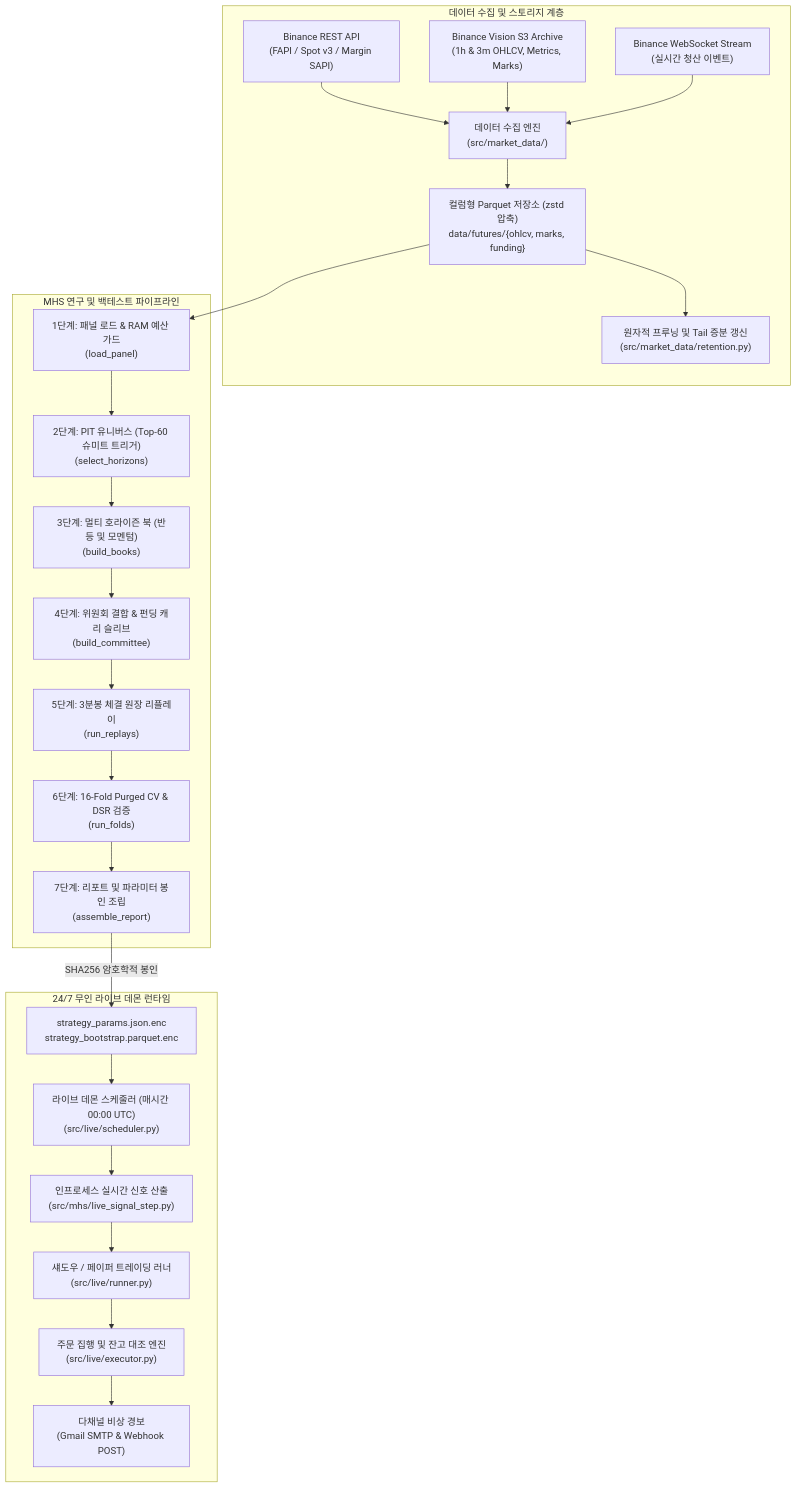
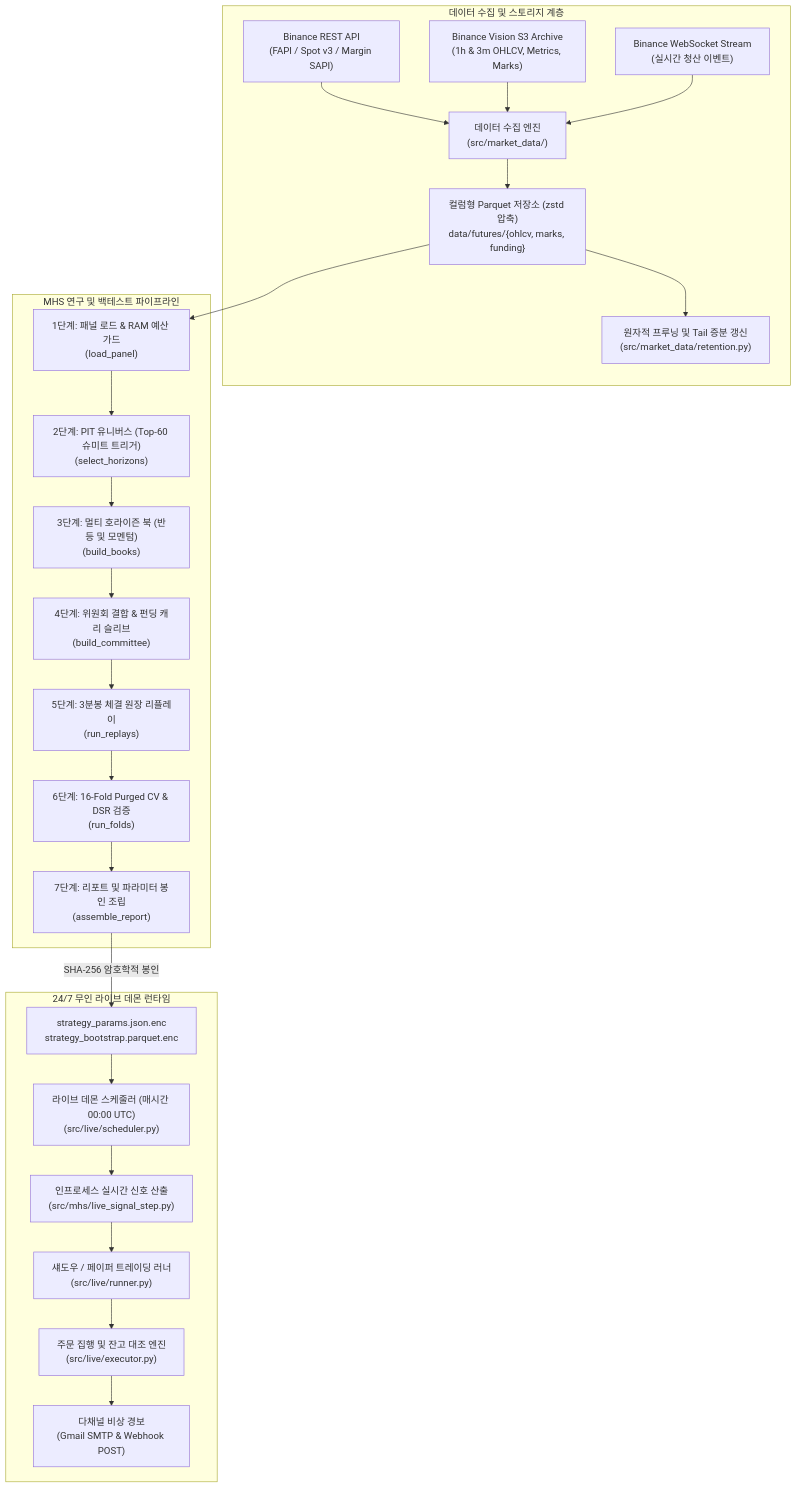
The diagram in docs/architecture/overview.md (KTHYEONG/crypto-pilot), drawn with Mermaid before and after one commit. The commit also changed other lines of this file and 5 other files, not shown here.

````diff
--- a/docs/architecture/overview.md
+++ b/docs/architecture/overview.md
@@ -41,29 +41,29 @@
 ```mermaid
 flowchart TD
     subgraph DataTier ["데이터 수집 및 스토리지 계층"]
         DS1["Binance REST API<br/>(FAPI / Spot v3 / Margin SAPI)"] --> DI["데이터 수집 엔진<br/>(src/market_data/)"]
         DS2["Binance Vision S3 Archive<br/>(1h & 3m OHLCV, Metrics, Marks)"] --> DI
         DS3["Binance WebSocket Stream<br/>(실시간 청산 이벤트)"] --> DI
         DI --> FS["컬럼형 Parquet 저장소 (zstd 압축)<br/>data/futures/{ohlcv, marks, funding}"]
         FS --> PR["원자적 프루닝 및 Tail 증분 갱신<br/>(src/market_data/retention.py)"]
     end
 
     subgraph ResearchTier ["MHS 연구 및 백테스트 파이프라인"]
         FS --> S1["1단계: 패널 로드 & RAM 예산 가드<br/>(load_panel)"]
         S1 --> S2["2단계: PIT 유니버스 (Top-60 슈미트 트리거)<br/>(select_horizons)"]
         S2 --> S3["3단계: 멀티 호라이즌 북 (반등 및 모멘텀)<br/>(build_books)"]
         S3 --> S4["4단계: 위원회 결합 & 펀딩 캐리 슬리브<br/>(build_committee)"]
         S4 --> S5["5단계: 3분봉 체결 원장 리플레이<br/>(run_replays)"]
         S5 --> S6["6단계: 16-Fold Purged CV & DSR 검증<br/>(run_folds)"]
         S6 --> S7["7단계: 리포트 및 파라미터 봉인 조립<br/>(assemble_report)"]
     end
 
     subgraph LiveTier ["24/7 무인 라이브 데몬 런타임"]
-        S7 -->|"SHA256 암호학적 봉인"| ST["strategy_params.json.enc<br/>strategy_bootstrap.parquet.enc"]
+        S7 -->|"SHA-256 암호학적 봉인"| ST["strategy_params.json.enc<br/>strategy_bootstrap.parquet.enc"]
         ST --> LD["라이브 데몬 스케줄러 (매시간 00:00 UTC)<br/>(src/live/scheduler.py)"]
         LD --> SS["인프로세스 실시간 신호 산출<br/>(src/mhs/live_signal_step.py)"]
         SS --> SC["섀도우 / 페이퍼 트레이딩 러너<br/>(src/live/runner.py)"]
         SC --> EX["주문 집행 및 잔고 대조 엔진<br/>(src/live/executor.py)"]
         EX --> AL["다채널 비상 경보<br/>(Gmail SMTP & Webhook POST)"]
     end
 ```
````
